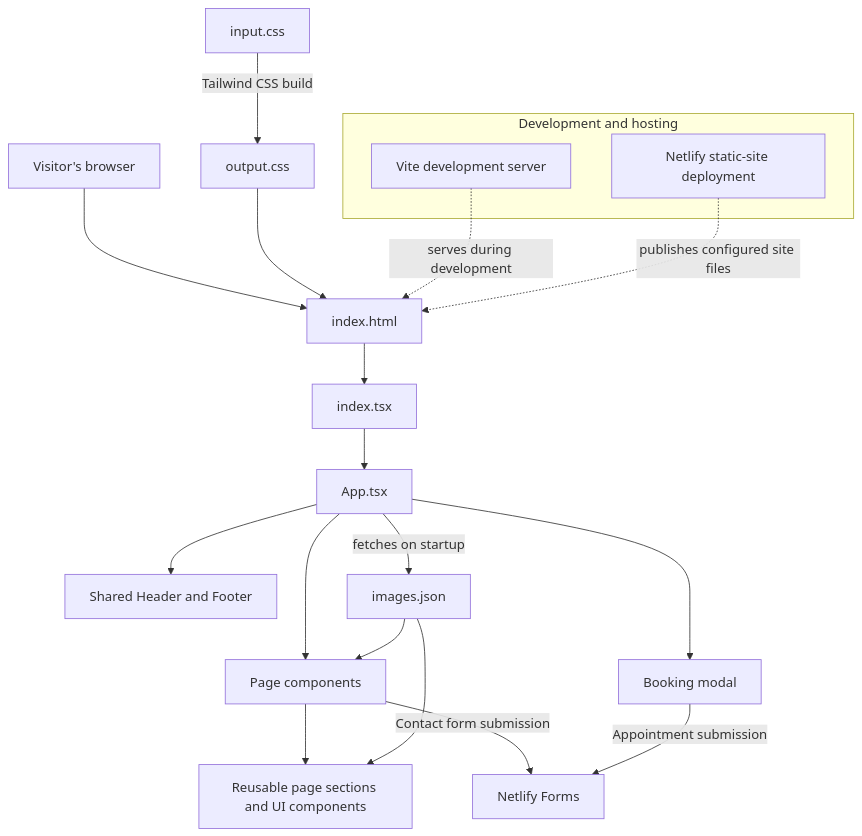
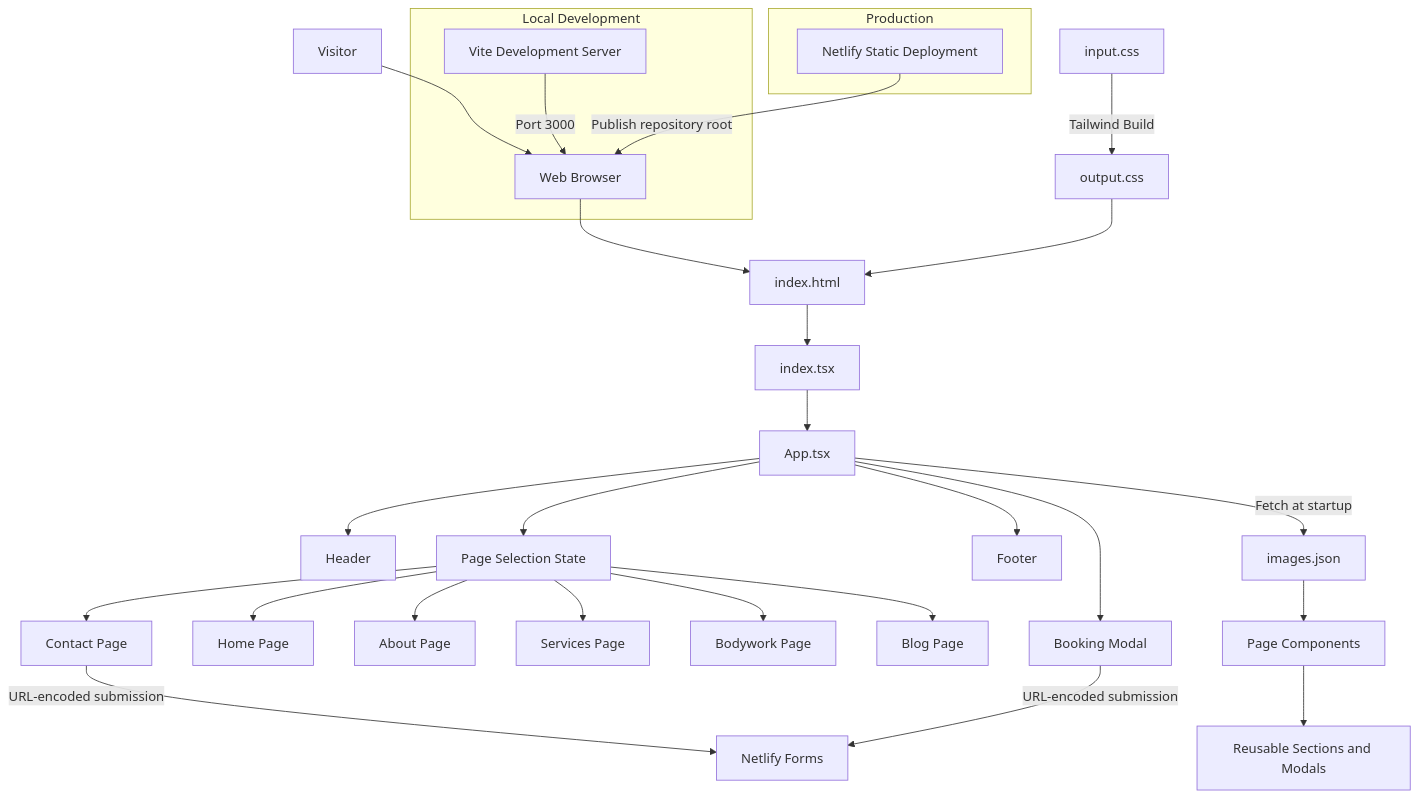
The diagram in README.md (spacecode-art/kabiras-motor-works), drawn with Mermaid before and after one commit. The commit also changed other lines of this file, not shown here.

Commit message:
docs: rewrite README with project overview and architecture

````diff
--- a/README.md
+++ b/README.md
@@ -89,28 +60,39 @@
 ```mermaid
 flowchart TD
-    Visitor[Visitor's browser] --> HTML[index.html]
+    Visitor[Visitor] --> Browser[Web Browser]
+    Browser --> HTML[index.html]
     HTML --> Entry[index.tsx]
     Entry --> App[App.tsx]
 
-    App --> Layout[Shared Header and Footer]
-    App --> Pages[Page components]
-    App --> Booking[Booking modal]
-    App -->|fetches on startup| Images[images.json]
+    App --> Header[Header]
+    App --> Router[Page Selection State]
+    App --> Footer[Footer]
+    App --> Modal[Booking Modal]
 
-    Pages --> Sections[Reusable page sections and UI components]
-    Images --> Pages
-    Images --> Sections
+    Router --> Home[Home Page]
+    Router --> About[About Page]
+    Router --> Services[Services Page]
+    Router --> Bodywork[Bodywork Page]
+    Router --> Blog[Blog Page]
+    Router --> Contact[Contact Page]
 
-    Styles[input.css] -->|Tailwind CSS build| Generated[output.css]
-    Generated --> HTML
+    App -->|Fetch at startup| Images[images.json]
+    Images --> Pages[Page Components]
+    Pages --> Sections[Reusable Sections and Modals]
 
-    Pages -->|Contact form submission| Netlify[Netlify Forms]
-    Booking -->|Appointment submission| Netlify
+    CSS[input.css] -->|Tailwind Build| Output[output.css]
+    Output --> HTML
 
-    subgraph Hosting[Development and hosting]
-      Vite[Vite development server]
-      NetlifyDeploy[Netlify static-site deployment]
+    Contact -->|URL-encoded submission| Netlify[Netlify Forms]
+    Modal -->|URL-encoded submission| Netlify
+
+    subgraph Local Development
+        Vite[Vite Development Server]
+        Vite -->|Port 3000| Browser
     end
-    Vite -. serves during development .-> HTML
-    NetlifyDeploy -. publishes configured site files .-> HTML
+
+    subgraph Production
+        NetlifyDeploy[Netlify Static Deployment]
+        NetlifyDeploy -->|Publish repository root| Browser
+    end
 ```
````
